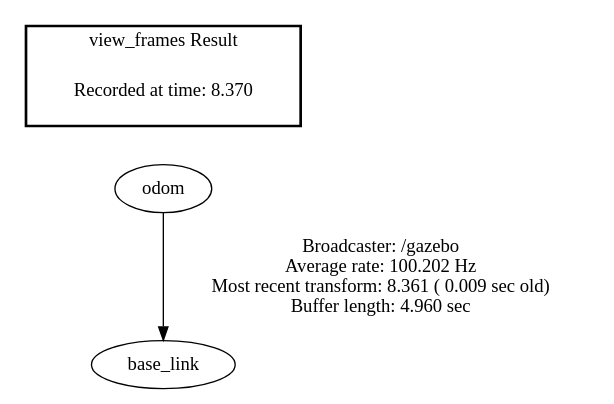
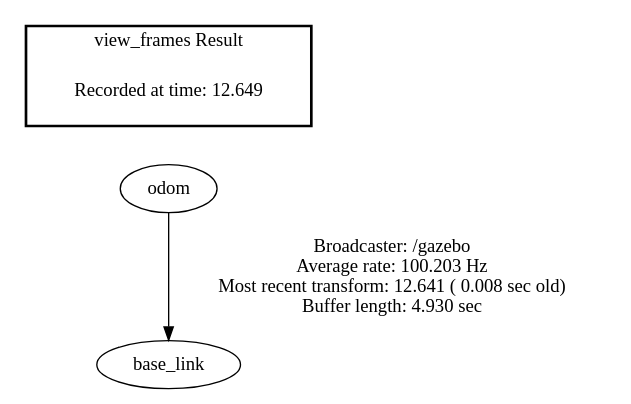
One commit to DS3a/SLAM_research changed the diagram in frames.gv. Above: the diagram before and after it, drawn with Graphviz. The commit also changed 6 other files, not shown here.

```diff
--- a/frames.gv
+++ b/frames.gv
@@ -1,7 +1,7 @@
 digraph G {
-"odom" -> "base_link"[label="Broadcaster: /gazebo\nAverage rate: 100.202 Hz\nMost recent transform: 8.361 ( 0.009 sec old)\nBuffer length: 4.960 sec\n"];
+"odom" -> "base_link"[label="Broadcaster: /gazebo\nAverage rate: 100.203 Hz\nMost recent transform: 12.641 ( 0.008 sec old)\nBuffer length: 4.930 sec\n"];
 edge [style=invis];
  subgraph cluster_legend { style=bold; color=black; label ="view_frames Result";
-"Recorded at time: 8.370"[ shape=plaintext ] ;
+"Recorded at time: 12.649"[ shape=plaintext ] ;
  }->"odom";
 }
```
